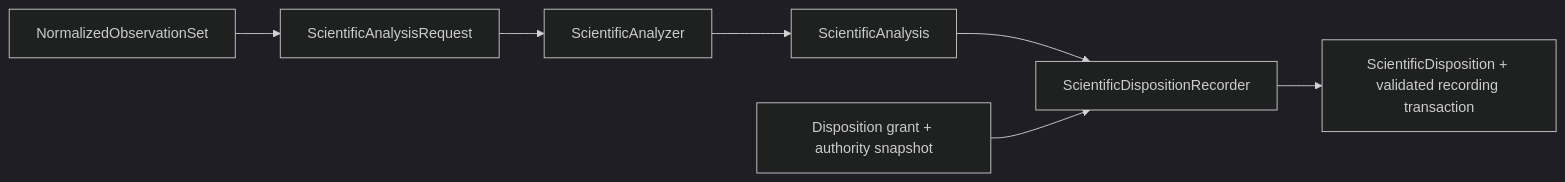
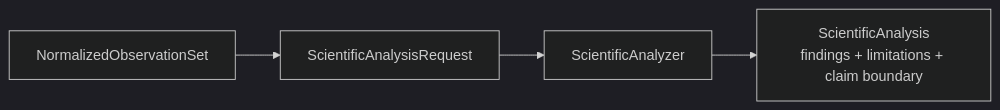
One commit to eragasa/ksdft2effmass changed the diagram in docs/architecture/v2/ksdft2effmass/analysis/index.md. Above: the diagram before and after it, drawn with Mermaid (dark theme). The commit also changed other lines of this file and 54 other files, not shown here.

Commit message:
docs: close architecture v2 planning issues

````diff
--- a/docs/architecture/v2/ksdft2effmass/analysis/index.md
+++ b/docs/architecture/v2/ksdft2effmass/analysis/index.md
@@ -7,9 +7,6 @@
 ```mermaid
 flowchart LR
     observations["NormalizedObservationSet"] --> request["ScientificAnalysisRequest"]
     request --> analyzer["ScientificAnalyzer"]
-    analyzer --> analysis["ScientificAnalysis"]
-    analysis --> recorder["ScientificDispositionRecorder"]
-    authority["Disposition grant + authority snapshot"] --> recorder
-    recorder --> disposition["ScientificDisposition + validated recording transaction"]
+    analyzer --> analysis["ScientificAnalysis<br/>findings + limitations + claim boundary"]
 ```
````
